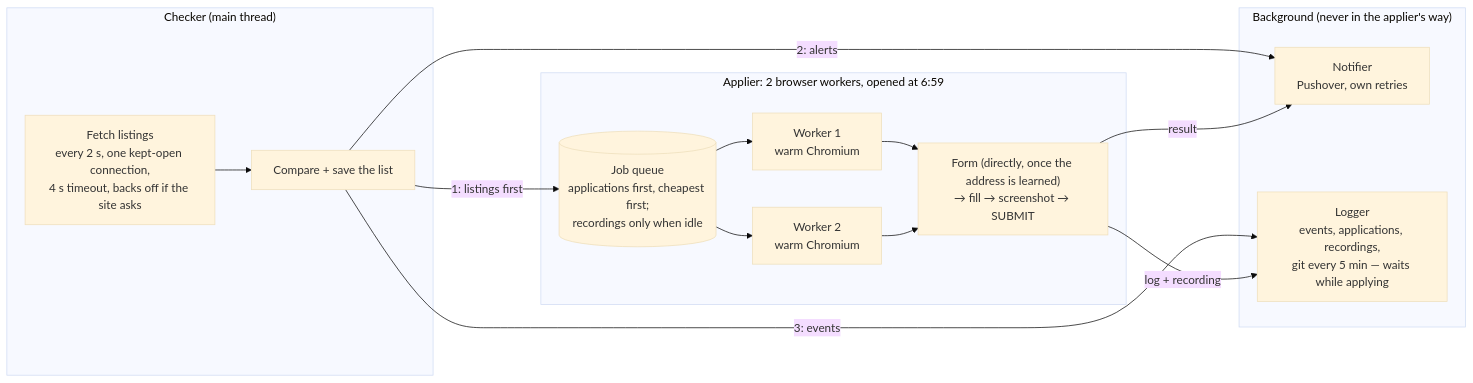
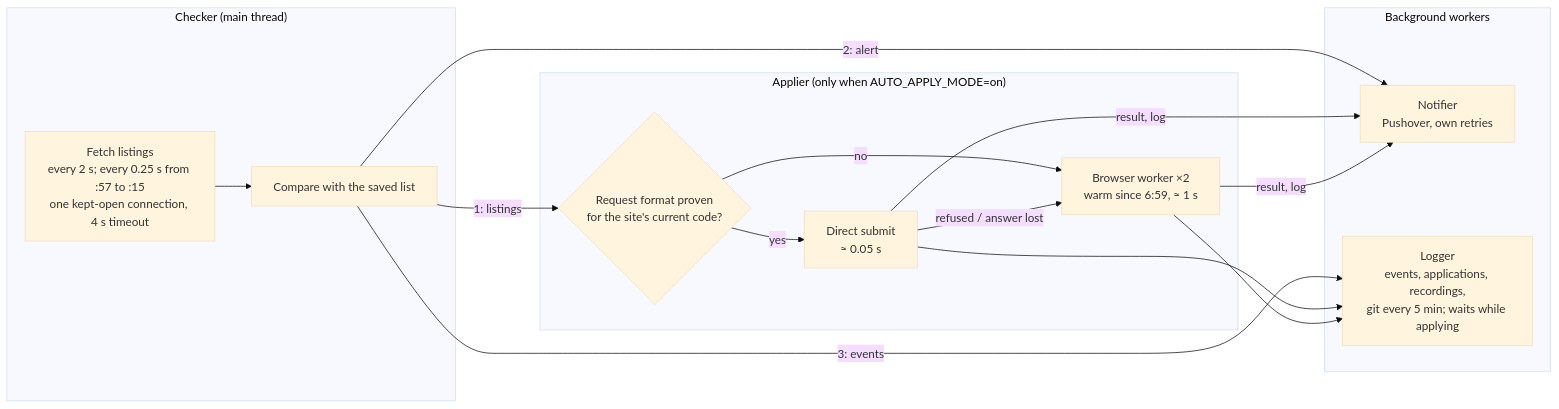
One commit to cshoffmann/stuytown-affordable-housing-watcher changed the first of 2 diagrams in docs/architecture.md. Above: the diagram before and after it, drawn with Mermaid (base theme). The commit also changed other lines of this file and 1 other file, not shown here.

First line of the commit message:
Rewrite the README and architecture doc around how it works now

````diff
--- a/docs/architecture.md
+++ b/docs/architecture.md
@@ -43,21 +11,23 @@
 ```mermaid
 flowchart LR
     subgraph checker["Checker (main thread)"]
-        P["Fetch listings<br/>every 2 s, one kept-open connection,<br/>4 s timeout, backs off if the site asks"] --> D["Compare + save the list"]
+        P["Fetch listings<br/>every 2 s; every 0.25 s from :57 to :15<br/>one kept-open connection, 4 s timeout"] --> D["Compare with the saved list"]
     end
-    subgraph applier["Applier: 2 browser workers, opened at 6:59"]
-        Q[("Job queue<br/>applications first, cheapest first;<br/>recordings only when idle")] --> W1["Worker 1<br/>warm Chromium"]
-        Q --> W2["Worker 2<br/>warm Chromium"]
-        W1 --> S["Form (directly, once the address is learned)<br/>→ fill → screenshot → SUBMIT"]
-        W2 --> S
+    subgraph applier["Applier (only when AUTO_APPLY_MODE=on)"]
+        R{"Request format proven<br/>for the site's current code?"}
+        R -- yes --> X["Direct submit<br/>≈ 0.05 s"]
+        R -- no --> B["Browser worker ×2<br/>warm since 6:59, ≈ 1 s"]
+        X -- "refused / answer lost" --> B
     end
-    subgraph bg["Background (never in the applier's way)"]
+    subgraph bg["Background workers"]
         N["Notifier<br/>Pushover, own retries"]
-        L["Logger<br/>events, applications, recordings,<br/>git every 5 min — waits while applying"]
+        L["Logger<br/>events, applications, recordings,<br/>git every 5 min; waits while applying"]
     end
-    D -- "1: listings first" --> Q
-    D -- "2: alerts" --> N
+    D -- "1: listings" --> R
+    D -- "2: alert" --> N
     D -- "3: events" --> L
-    S -- "result" --> N
-    S -- "log + recording" --> L
+    X -- "result, log" --> N
+    B -- "result, log" --> N
+    X --> L
+    B --> L
 ```
````
